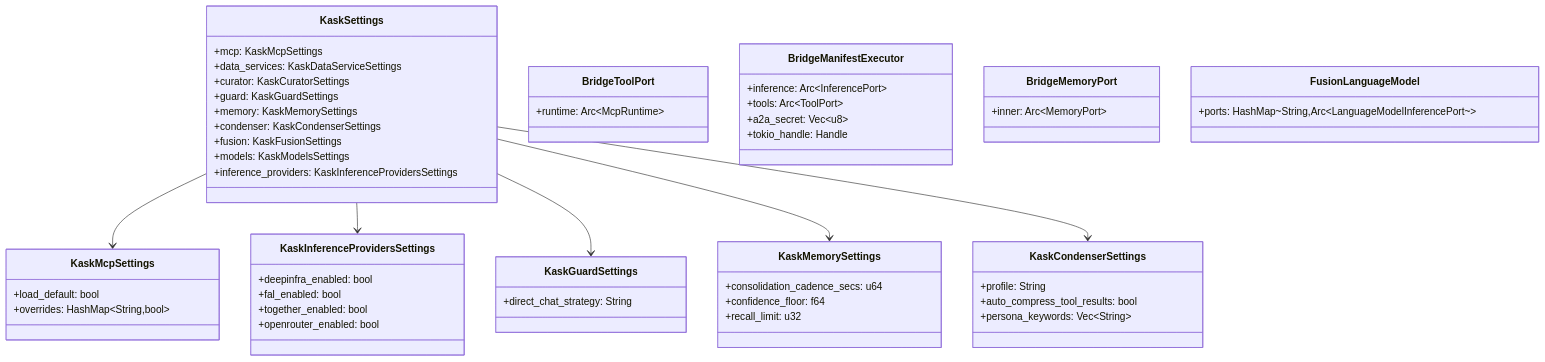
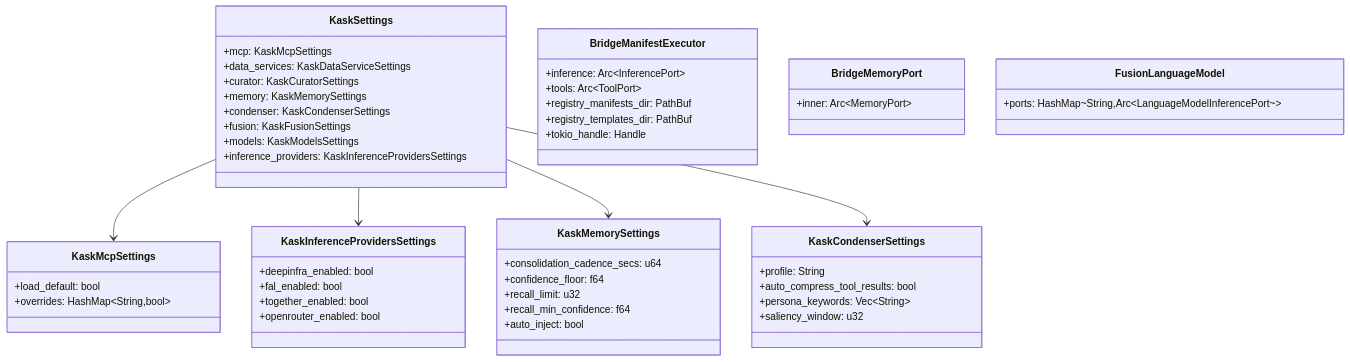
Before and after one commit to mdz-axo/zed-kask: the diagram in kask/docs/diataxis/kask_bridge/reference.md, drawn with Mermaid. The commit also changed other lines of this file and 33 other files, not shown here.

````diff
--- a/kask/docs/diataxis/kask_bridge/reference.md
+++ b/kask/docs/diataxis/kask_bridge/reference.md
@@ -54,58 +53,54 @@
 ```mermaid
 classDiagram
     class KaskSettings {
         +mcp: KaskMcpSettings
         +data_services: KaskDataServiceSettings
         +curator: KaskCuratorSettings
-        +guard: KaskGuardSettings
         +memory: KaskMemorySettings
         +condenser: KaskCondenserSettings
         +fusion: KaskFusionSettings
         +models: KaskModelsSettings
         +inference_providers: KaskInferenceProvidersSettings
     }
     class KaskMcpSettings {
         +load_default: bool
         +overrides: HashMap~String,bool~
     }
     class KaskInferenceProvidersSettings {
         +deepinfra_enabled: bool
         +fal_enabled: bool
         +together_enabled: bool
         +openrouter_enabled: bool
     }
-    class KaskGuardSettings {
-        +direct_chat_strategy: String
-    }
     class KaskMemorySettings {
         +consolidation_cadence_secs: u64
         +confidence_floor: f64
         +recall_limit: u32
+        +recall_min_confidence: f64
+        +auto_inject: bool
     }
     class KaskCondenserSettings {
         +profile: String
         +auto_compress_tool_results: bool
         +persona_keywords: Vec~String~
-    }
-    class BridgeToolPort {
-        +runtime: Arc~McpRuntime~
+        +saliency_window: u32
     }
     class BridgeManifestExecutor {
         +inference: Arc~InferencePort~
         +tools: Arc~ToolPort~
-        +a2a_secret: Vec~u8~
+        +registry_manifests_dir: PathBuf
+        +registry_templates_dir: PathBuf
         +tokio_handle: Handle
     }
     class BridgeMemoryPort {
         +inner: Arc~MemoryPort~
     }
     class FusionLanguageModel {
         +ports: HashMap~String,Arc~LanguageModelInferencePort~~
     }
 
     KaskSettings --> KaskMcpSettings
     KaskSettings --> KaskInferenceProvidersSettings
-    KaskSettings --> KaskGuardSettings
     KaskSettings --> KaskMemorySettings
     KaskSettings --> KaskCondenserSettings
 ```
````
